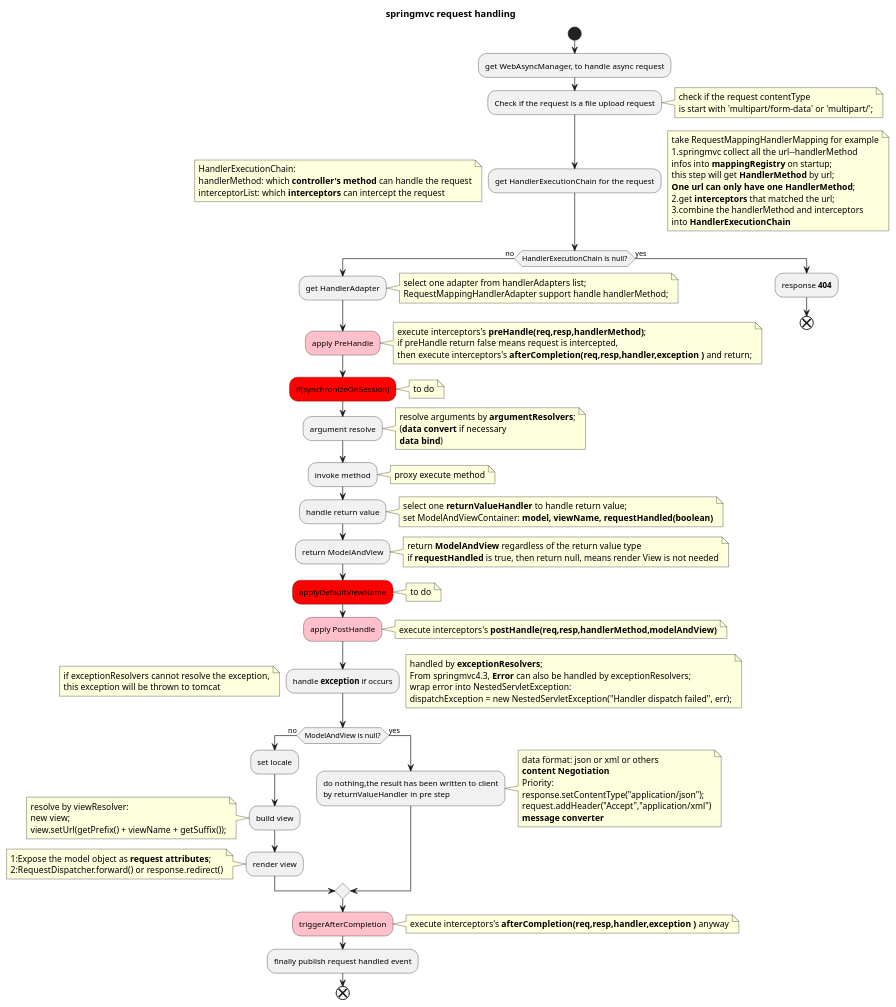
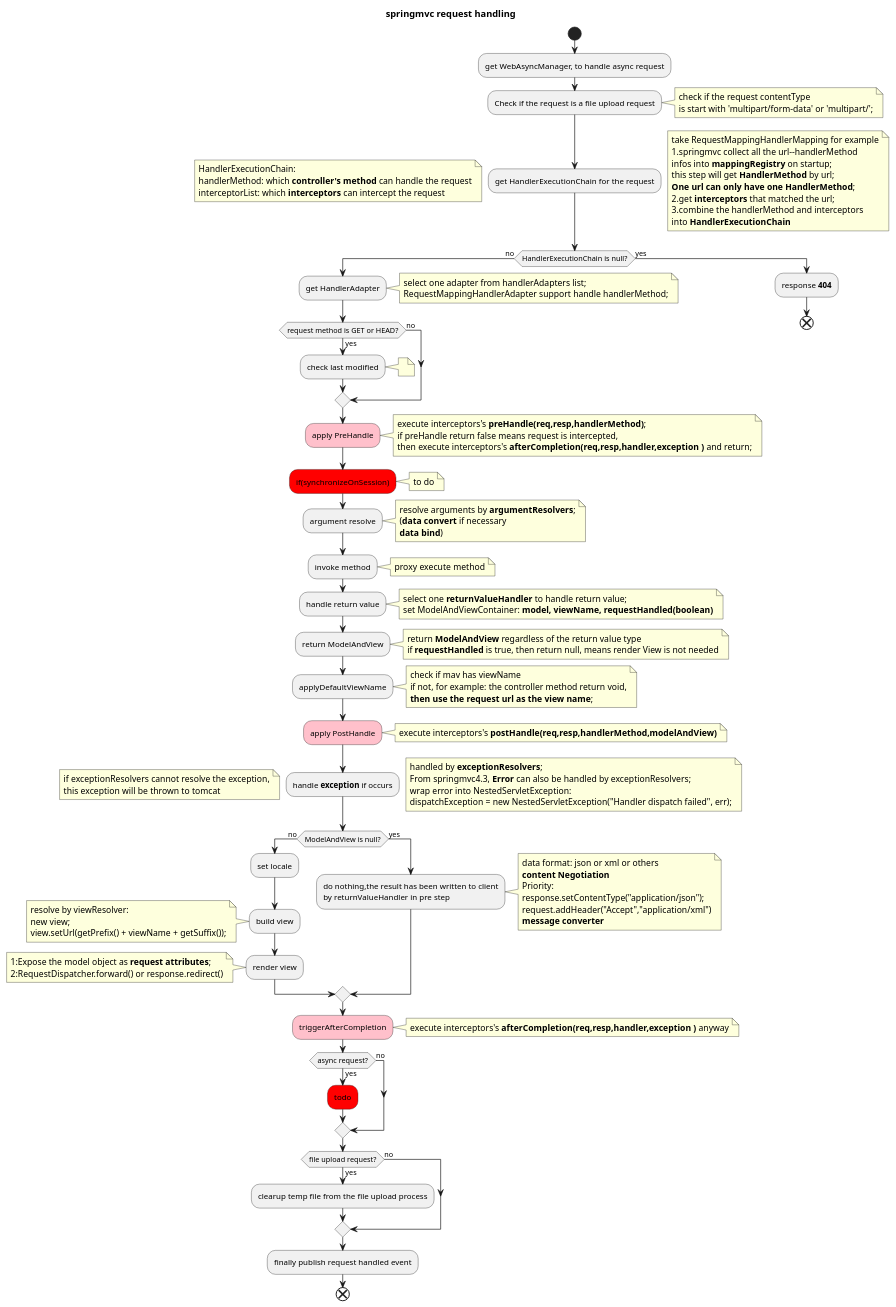
Before and after one commit to weimin1998/uml: the diagram in spring/newmvc.puml, drawn with PlantUML.

Commit message:
new mvc update

```diff
--- a/spring/newmvc.puml
+++ b/spring/newmvc.puml
@@ -1,143 +1,169 @@
 @startuml
 'https://plantuml.com/sequence-diagram
 
 
 title springmvc request handling
 
 start
 
 :get WebAsyncManager, to handle async request;
 
 :Check if the request is a file upload request;
 note right
 check if the request contentType
 is start with 'multipart/form-data' or 'multipart/';
 endnote
 
 :get HandlerExecutionChain for the request;
 note left
 HandlerExecutionChain:
 handlerMethod: which **controller's method** can handle the request
 interceptorList: which **interceptors** can intercept the request
 endnote
 
 note right
 take RequestMappingHandlerMapping for example
 1.springmvc collect all the url--handlerMethod
 infos into **mappingRegistry** on startup;
 this step will get **HandlerMethod** by url;
 **One url can only have one HandlerMethod**;
 2.get **interceptors** that matched the url;
 3.combine the handlerMethod and interceptors
 into **HandlerExecutionChain**
 endnote
 
 if(HandlerExecutionChain is null?) then (no)
 'start
 :get HandlerAdapter;
 note right
 select one adapter from handlerAdapters list;
 RequestMappingHandlerAdapter support handle handlerMethod;
 endnote
 
+if(request method is GET or HEAD?) then(yes)
+:check last modified;
+note right
+
+endnote
+
+else(no)
+endif
+
+
+
 #pink:apply PreHandle;
 note right
 execute interceptors's **preHandle(req,resp,handlerMethod)**;
 if preHandle return false means request is intercepted,
 then execute interceptors's **afterCompletion(req,resp,handler,exception )** and return;
 endnote
 
 #red:if(synchronizeOnSession);
 note right:to do
 
 :argument resolve;
 note right
 resolve arguments by **argumentResolvers**;
 (**data convert** if necessary
 **data bind**)
 endnote
 
 :invoke method;
 note right:proxy execute method
 
 :handle return value;
 note right
 select one **returnValueHandler** to handle return value;
 set ModelAndViewContainer: **model, viewName, requestHandled(boolean)**
 endnote
 
 :return ModelAndView;
 note right
 return **ModelAndView** regardless of the return value type
 if **requestHandled** is true, then return null, means render View is not needed
 endnote
 
-#red:applyDefaultViewName;
-note right:to do
+:applyDefaultViewName;
+note right
+check if mav has viewName
+if not, for example: the controller method return void,
+**then use the request url as the view name**;
+endnote
+
 
 
 #pink:apply PostHandle;
 note right
 execute interceptors's **postHandle(req,resp,handlerMethod,modelAndView)**
 endnote
 
 :handle **exception** if occurs;
 note right
 handled by **exceptionResolvers**;
 From springmvc4.3, **Error** can also be handled by exceptionResolvers;
 wrap error into NestedServletException:
 dispatchException = new NestedServletException("Handler dispatch failed", err);
 endnote
 note left
 if exceptionResolvers cannot resolve the exception,
 this exception will be thrown to tomcat
 endnote
 
 if(ModelAndView is null?) then (no)
 
 :set locale;
 
 :build view;
 note left
 resolve by viewResolver:
 new view;
 view.setUrl(getPrefix() + viewName + getSuffix());
 endnote
 
 :render view;
 note left
 1:Expose the model object as **request attributes**;
 2:RequestDispatcher.forward() or response.redirect()
 endnote
 
 else(yes)
 
 
 :do nothing,the result has been written to client
 by returnValueHandler in pre step;
 note right
 data format: json or xml or others
 **content Negotiation**
 Priority:
 response.setContentType("application/json");
 request.addHeader("Accept","application/xml")
 **message converter**
 endnote
 
 endif
 
 #pink:triggerAfterCompletion;
 note right
 execute interceptors's **afterCompletion(req,resp,handler,exception )** anyway
 endnote
 
 
+if(async request?) then(yes)
+#red:todo;
+else(no)
+endif
+
+if(file upload request?) then(yes)
+:clearup temp file from the file upload process;
+else(no)
+endif
+
 :finally publish request handled event;
 
 'end
 end
 else(yes)
 :response **404**;
 
 end
 @enduml
```
